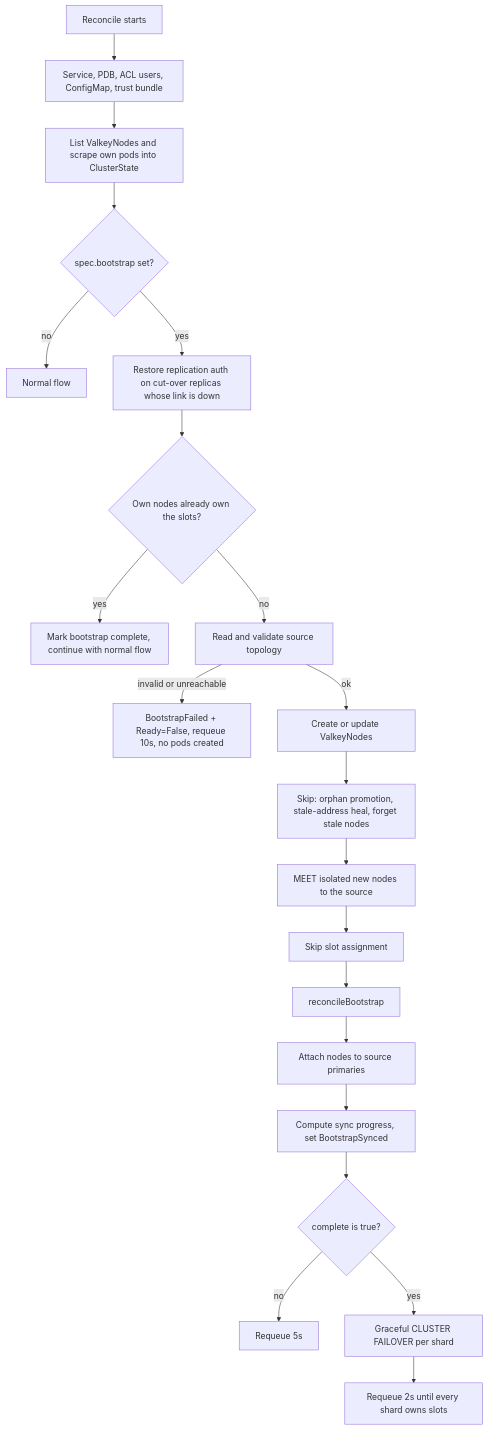
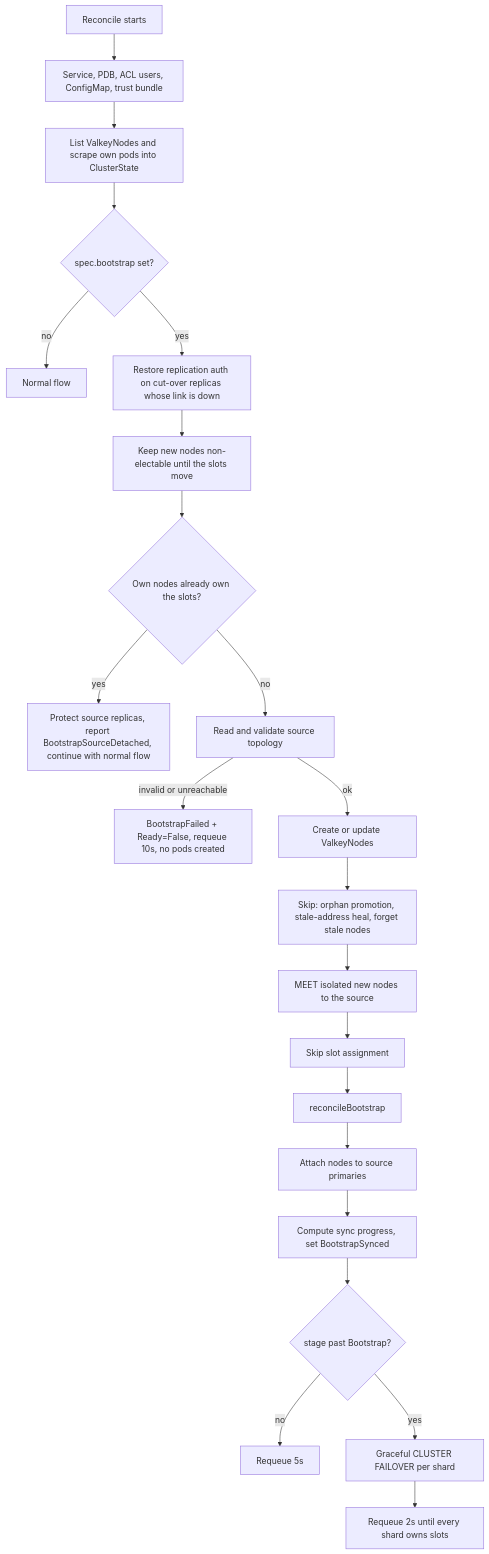
Before and after one commit to valkey-io/valkey-operator: the first of 2 diagrams in docs/bootstrap-design.md, drawn with Mermaid. The commit also changed other lines of this file and 7 other files, not shown here.

````diff
--- a/docs/bootstrap-design.md
+++ b/docs/bootstrap-design.md
@@ -91,23 +118,24 @@
 ```mermaid
 flowchart TD
     A[Reconcile starts] --> B[Service, PDB, ACL users, ConfigMap, trust bundle]
     B --> C[List ValkeyNodes and scrape own pods into ClusterState]
     C --> D{spec.bootstrap set?}
     D -- no --> N[Normal flow]
     D -- yes --> E[Restore replication auth on cut-over replicas whose link is down]
-    E --> F{Own nodes already own the slots?}
-    F -- yes --> G[Mark bootstrap complete, continue with normal flow]
+    E --> E2[Keep new nodes non-electable until the slots move]
+    E2 --> F{Own nodes already own the slots?}
+    F -- yes --> G[Protect source replicas, report BootstrapSourceDetached, continue with normal flow]
     F -- no --> H[Read and validate source topology]
     H -- invalid or unreachable --> I[BootstrapFailed + Ready=False, requeue 10s, no pods created]
     H -- ok --> J[Create or update ValkeyNodes]
     J --> K[Skip: orphan promotion, stale-address heal, forget stale nodes]
     K --> L[MEET isolated new nodes to the source]
     L --> M[Skip slot assignment]
     M --> O[reconcileBootstrap]
     O --> P[Attach nodes to source primaries]
     P --> Q[Compute sync progress, set BootstrapSynced]
-    Q --> R{complete is true?}
+    Q --> R{stage past Bootstrap?}
     R -- no --> S[Requeue 5s]
     R -- yes --> T[Graceful CLUSTER FAILOVER per shard]
     T --> U[Requeue 2s until every shard owns slots]
 ```
````
